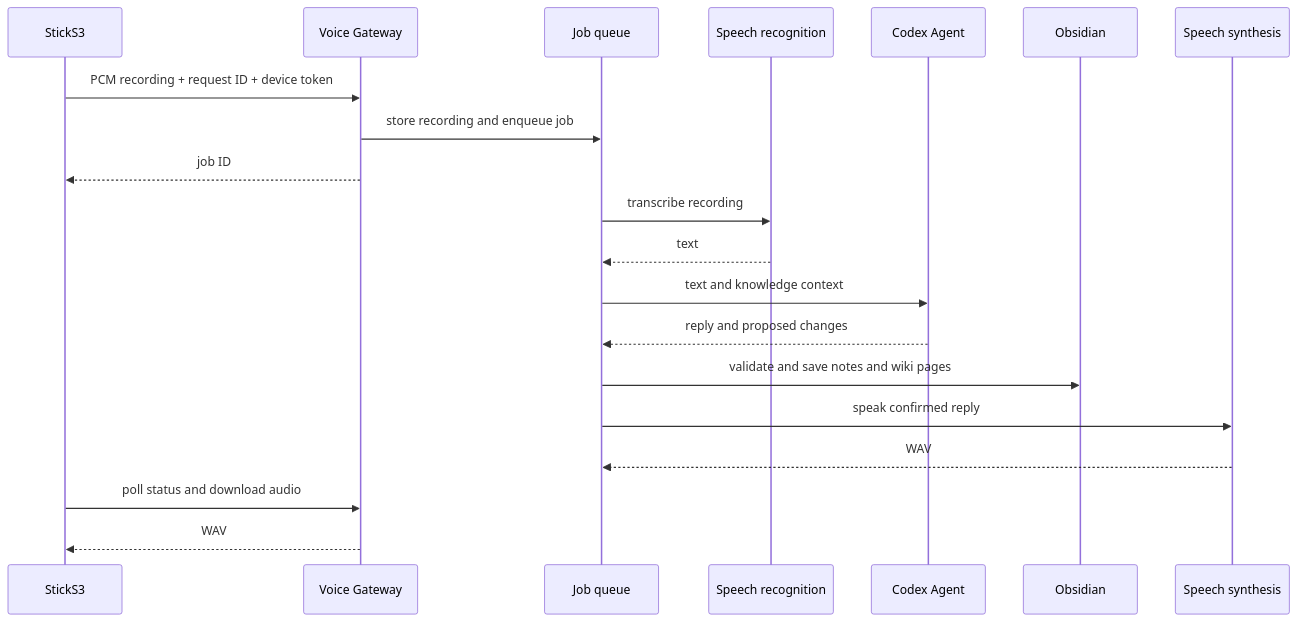
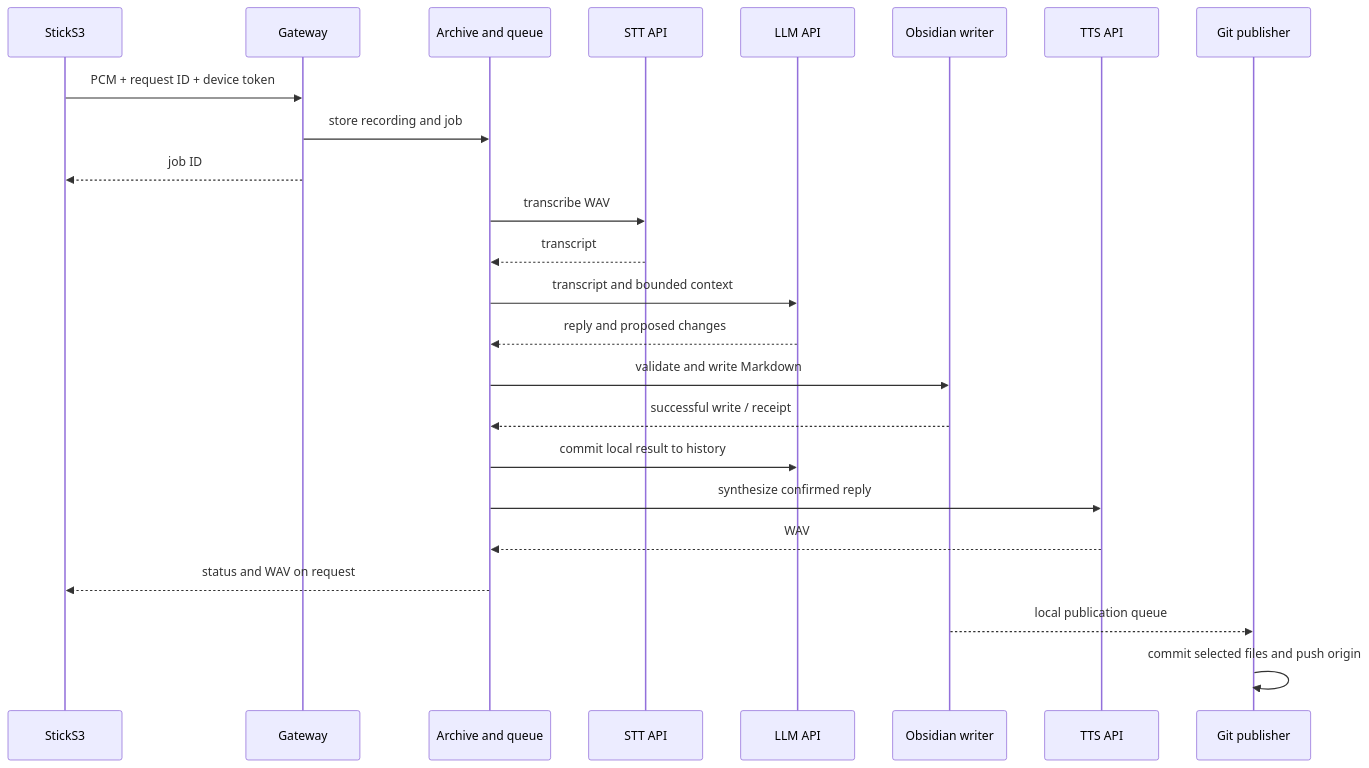
The second of 2 diagrams in docs/en/architecture.md (pastukhov/zateya), drawn with Mermaid before and after one commit. The commit also changed other lines of this file and 18 other files, not shown here.

````diff
--- a/docs/en/architecture.md
+++ b/docs/en/architecture.md
@@ -28,22 +33,26 @@
 ```mermaid
 sequenceDiagram
     participant D as StickS3
-    participant G as Voice Gateway
-    participant Q as Job queue
-    participant S as Speech recognition
-    participant C as Codex Agent
-    participant O as Obsidian
-    participant T as Speech synthesis
-    D->>G: PCM recording + request ID + device token
-    G->>Q: store recording and enqueue job
+    participant G as Gateway
+    participant A as Archive and queue
+    participant S as STT API
+    participant L as LLM API
+    participant O as Obsidian writer
+    participant T as TTS API
+    participant Git as Git publisher
+    D->>G: PCM + request ID + device token
+    G->>A: store recording and job
     G-->>D: job ID
-    Q->>S: transcribe recording
-    S-->>Q: text
-    Q->>C: text and knowledge context
-    C-->>Q: reply and proposed changes
-    Q->>O: validate and save notes and wiki pages
-    Q->>T: speak confirmed reply
-    T-->>Q: WAV
-    D->>G: poll status and download audio
-    G-->>D: WAV
+    A->>S: transcribe WAV
+    S-->>A: transcript
+    A->>L: transcript and bounded context
+    L-->>A: reply and proposed changes
+    A->>O: validate and write Markdown
+    O-->>A: successful write / receipt
+    A->>L: commit local result to history
+    A->>T: synthesize confirmed reply
+    T-->>A: WAV
+    A-->>D: status and WAV on request
+    O-->>Git: local publication queue
+    Git->>Git: commit selected files and push origin
 ```
````
